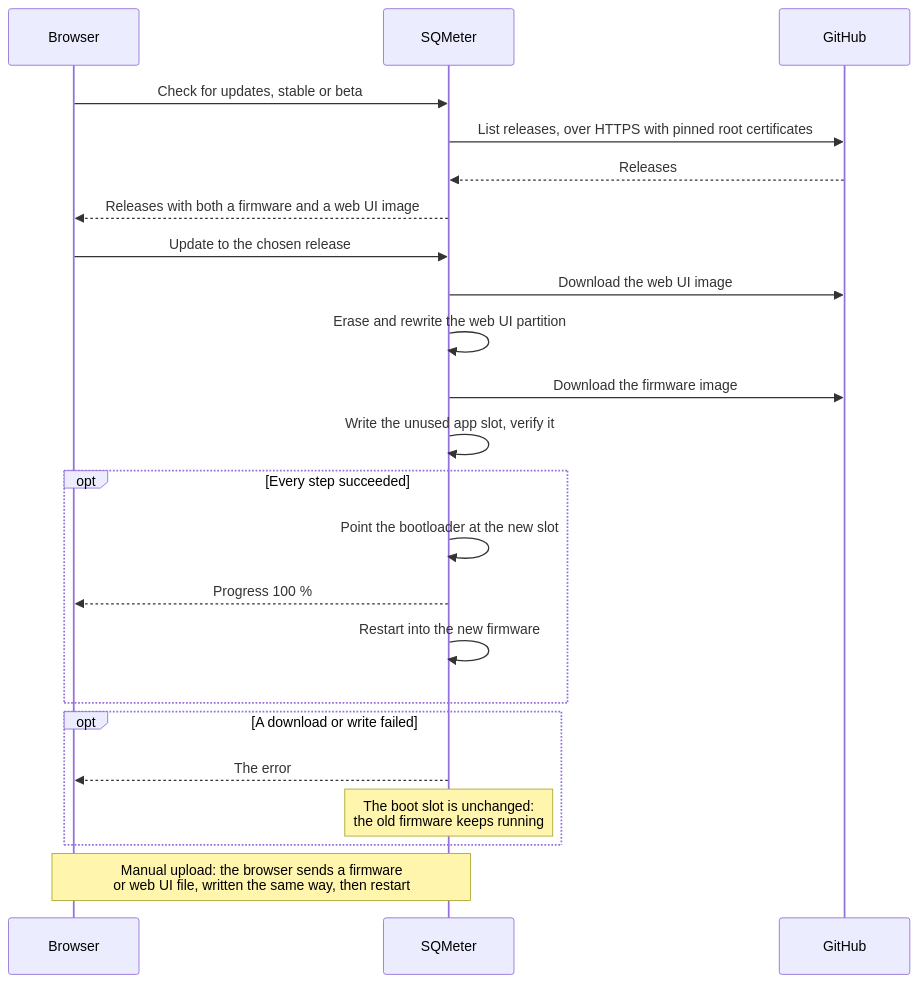
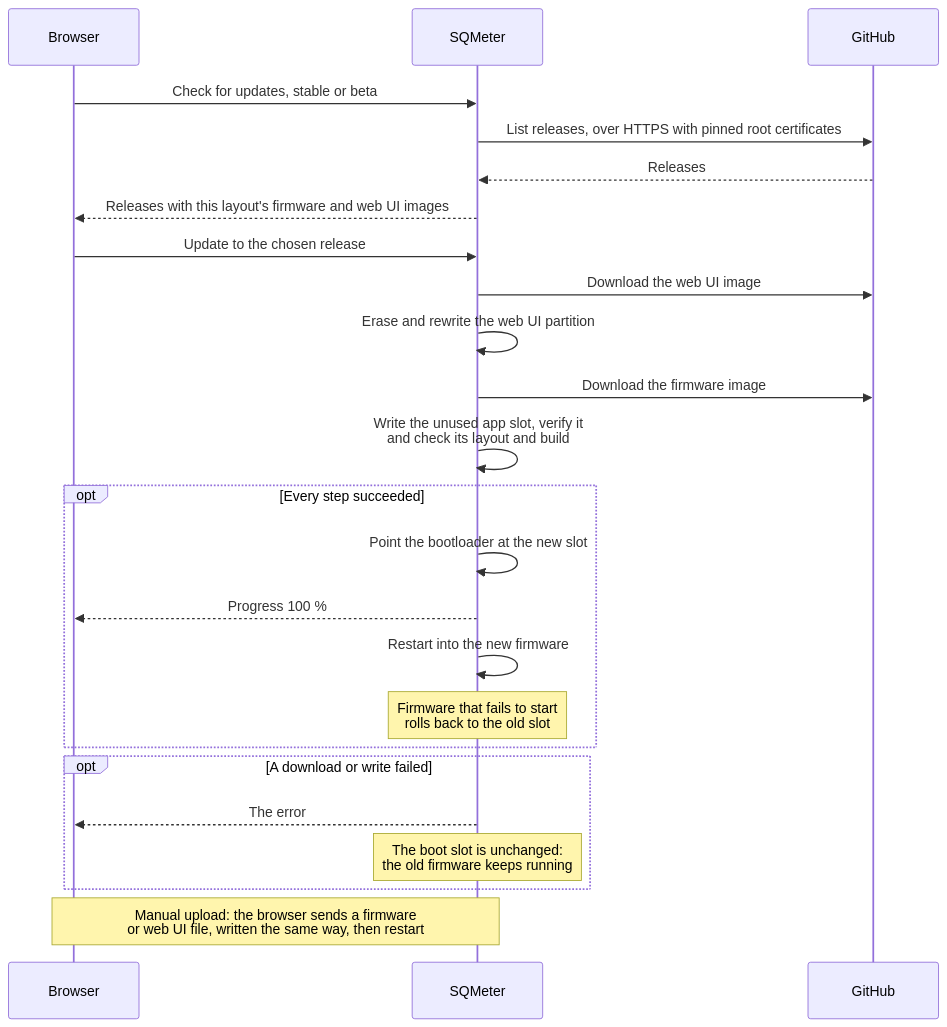
Before and after one commit to DeanJ87/SQMeter: the diagram in docs/user-guide/ota.md, drawn with Mermaid. The commit also changed other lines of this file and 107 other files, not shown here.

````diff
--- a/docs/user-guide/ota.md
+++ b/docs/user-guide/ota.md
@@ -122,27 +129,28 @@
 ```mermaid
 sequenceDiagram
     accTitle: Updating from GitHub releases
-    accDescr: The browser asks the device for releases; the device fetches the list from GitHub itself. On Update, the device downloads and writes the web UI image first and the firmware last, switching the boot slot only after the firmware is verified, then restarts. Any failure before that leaves the old firmware booting.
+    accDescr: The browser asks the device for releases; the device fetches the list from GitHub itself. On Update, the device downloads and writes the web UI image first and the firmware last, switching the boot slot only after the firmware is verified and found to be for this layout and build, then restarts. Any failure before that leaves the old firmware booting, and new firmware that fails to start is rolled back.
     participant B as Browser
     participant D as SQMeter
     participant G as GitHub
     B->>D: Check for updates, stable or beta
     D->>G: List releases, over HTTPS with pinned root certificates
     G-->>D: Releases
-    D-->>B: Releases with both a firmware and a web UI image
+    D-->>B: Releases with this layout's firmware and web UI images
     B->>D: Update to the chosen release
     D->>G: Download the web UI image
     D->>D: Erase and rewrite the web UI partition
     D->>G: Download the firmware image
-    D->>D: Write the unused app slot, verify it
+    D->>D: Write the unused app slot, verify it<br/>and check its layout and build
     opt Every step succeeded
         D->>D: Point the bootloader at the new slot
         D-->>B: Progress 100 %
         D->>D: Restart into the new firmware
+        Note over D: Firmware that fails to start<br/>rolls back to the old slot
     end
     opt A download or write failed
         D-->>B: The error
         Note over D: The boot slot is unchanged:<br/>the old firmware keeps running
     end
     Note over B,D: Manual upload: the browser sends a firmware<br/>or web UI file, written the same way, then restart
 ```
````
